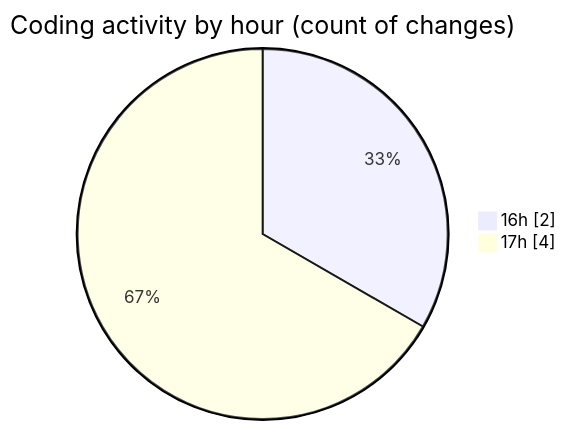
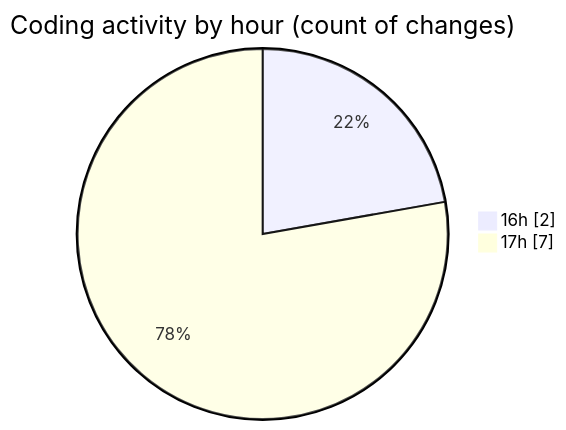
The second of 2 diagrams in 2025-08-21/enfold-child/README.md (debugP/code-tracking), drawn with Mermaid before and after one commit. The commit also changed other lines of this file and 1 other file, not shown here.

````diff
--- a/2025-08-21/enfold-child/README.md
+++ b/2025-08-21/enfold-child/README.md
@@ -29,6 +29,6 @@
 ```mermaid
 pie showData
 title Coding activity by hour (count of changes)
 "16h" : 2
-"17h" : 4
+"17h" : 7
 ```
````
